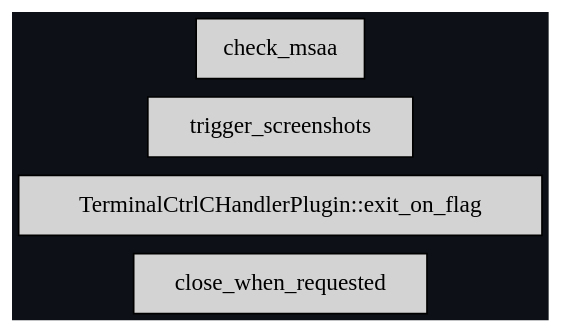
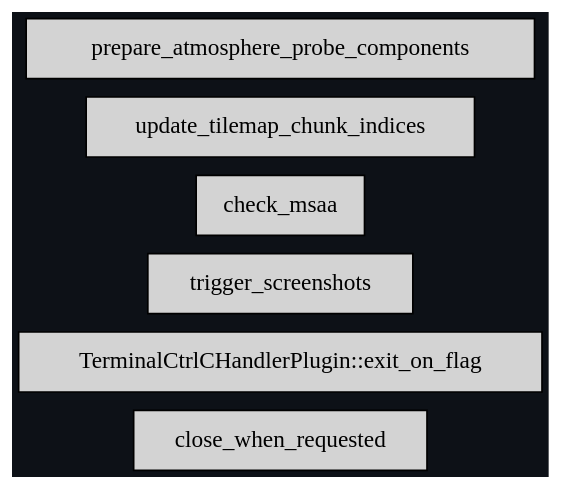
The diagram in docs/schedule/dark/schedule_Update.dot (jakobhellermann/bevy_mod_debugdump), drawn with Graphviz before and after one commit. The commit also changed 86 other files, not shown here.

```diff
--- a/docs/schedule/dark/schedule_Update.dot
+++ b/docs/schedule/dark/schedule_Update.dot
@@ -1,14 +1,16 @@
 digraph "" {
 	"compound"="true";
 	"splines"="spline";
 	"rankdir"="LR";
 	"bgcolor"="#0d1117";
 	"fontname"="Helvetica";
 	"nodesep"="0.15";
 	edge ["penwidth"="2"];
 	node ["shape"="box", "style"="filled"];
-	"node_System(0)" ["label"="close_when_requested", "tooltip"="bevy_window::system::close_when_requested"]
-	"node_System(1)" ["label"="TerminalCtrlCHandlerPlugin::exit_on_flag", "tooltip"="bevy_app::terminal_ctrl_c_handler::TerminalCtrlCHandlerPlugin::exit_on_flag"]
-	"node_System(2)" ["label"="trigger_screenshots", "tooltip"="bevy_render::view::window::screenshot::trigger_screenshots"]
-	"node_System(3)" ["label"="check_msaa", "tooltip"="bevy_core_pipeline::oit::check_msaa"]
+	"node_System(SystemKey(1v1))" ["label"="close_when_requested", "tooltip"="bevy_window::system::close_when_requested"]
+	"node_System(SystemKey(2v1))" ["label"="TerminalCtrlCHandlerPlugin::exit_on_flag", "tooltip"="bevy_app::terminal_ctrl_c_handler::TerminalCtrlCHandlerPlugin::exit_on_flag"]
+	"node_System(SystemKey(3v1))" ["label"="trigger_screenshots", "tooltip"="bevy_render::view::window::screenshot::trigger_screenshots"]
+	"node_System(SystemKey(4v1))" ["label"="check_msaa", "tooltip"="bevy_core_pipeline::oit::check_msaa"]
+	"node_System(SystemKey(5v1))" ["label"="update_tilemap_chunk_indices", "tooltip"="bevy_sprite_render::tilemap_chunk::update_tilemap_chunk_indices"]
+	"node_System(SystemKey(6v1))" ["label"="prepare_atmosphere_probe_components", "tooltip"="bevy_pbr::atmosphere::environment::prepare_atmosphere_probe_components"]
 }
```
